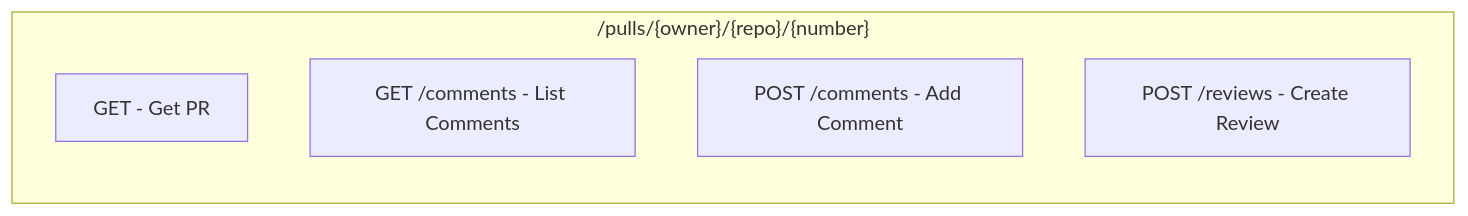
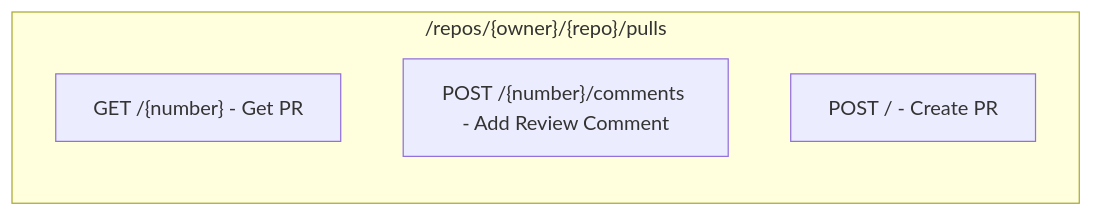
The fourth of 8 diagrams in api-services/github-api/docs/ARCHITECTURE.md (rom-orlovich/groote-ai), drawn with Mermaid before and after one commit. The commit also changed other lines of this file and 99 other files, not shown here.

Commit message:
feat: Add comprehensive documentation for service features, architecture, and flows, and introduce a Claude skill for documentation synchronization.

````diff
--- a/api-services/github-api/docs/ARCHITECTURE.md
+++ b/api-services/github-api/docs/ARCHITECTURE.md
@@ -96,9 +97,8 @@
 ```mermaid
 graph LR
-    subgraph PRs["/pulls/{owner}/{repo}/{number}"]
-        P1["GET - Get PR"]
-        P2["GET /comments - List Comments"]
-        P3["POST /comments - Add Comment"]
-        P4["POST /reviews - Create Review"]
+    subgraph PRs["/repos/{owner}/{repo}/pulls"]
+        P1["GET /{number} - Get PR"]
+        P2["POST /{number}/comments - Add Review Comment"]
+        P3["POST / - Create PR"]
     end
 ```
````
